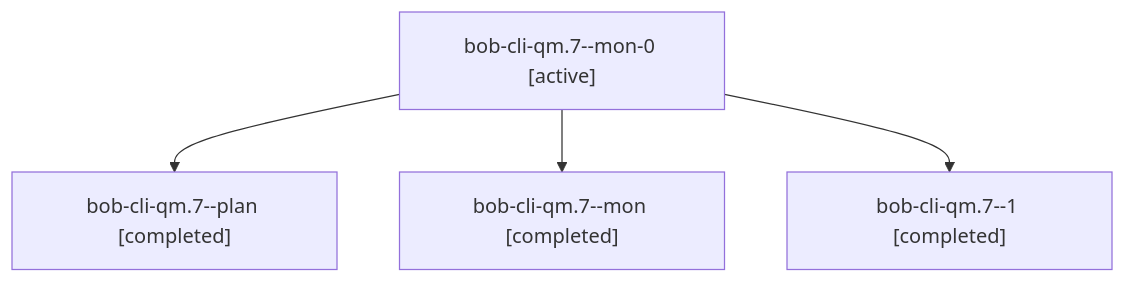
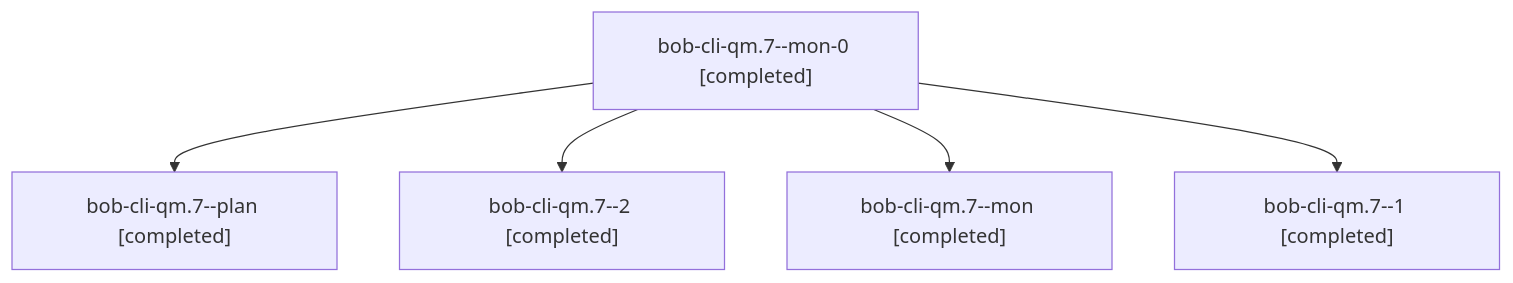
One commit to bobs-org/bob-cli--agents changed the diagram in sessions/bbugyi200.athena.bob-cli-qm.7.md. Above: the diagram before and after it, drawn with Mermaid. The commit also changed other lines of this file and 70 other files, not shown here.

````diff
--- a/sessions/bbugyi200.athena.bob-cli-qm.7.md
+++ b/sessions/bbugyi200.athena.bob-cli-qm.7.md
@@ -9,10 +9,12 @@
 ```mermaid
 flowchart TD
-  n0["bob-cli-qm.7--mon-0 [active]"]
+  n0["bob-cli-qm.7--mon-0 [completed]"]
   n1["bob-cli-qm.7--plan [completed]"]
   n0 --> n1
-  n2["bob-cli-qm.7--mon [completed]"]
+  n2["bob-cli-qm.7--2 [completed]"]
   n0 --> n2
-  n3["bob-cli-qm.7--1 [completed]"]
+  n3["bob-cli-qm.7--mon [completed]"]
   n0 --> n3
+  n4["bob-cli-qm.7--1 [completed]"]
+  n0 --> n4
 ```
````
